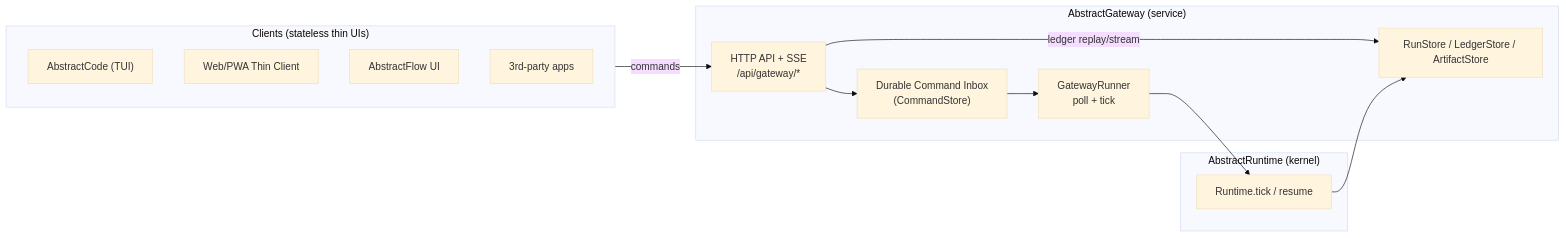
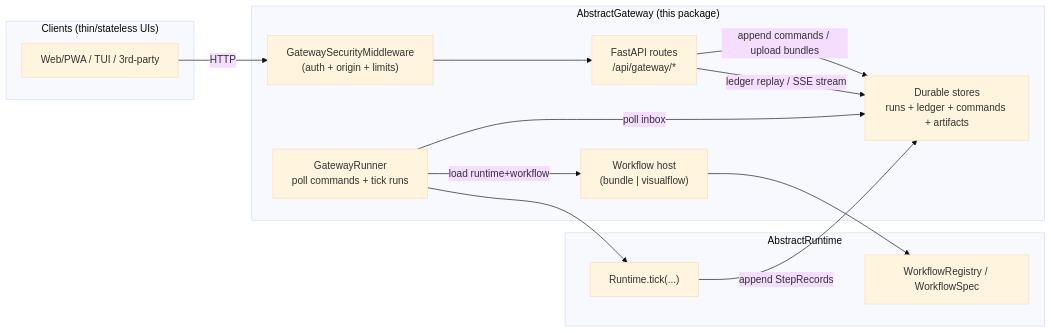
One commit to lpalbou/AbstractGateway changed the diagram in docs/architecture.md. Above: the diagram before and after it, drawn with Mermaid (base theme). The commit also changed other lines of this file and 15 other files, not shown here.

````diff
--- a/docs/architecture.md
+++ b/docs/architecture.md
@@ -13,27 +15,28 @@
 ```mermaid
 flowchart LR
-  subgraph Clients["Clients (stateless thin UIs)"]
-    ACode["AbstractCode (TUI)"]
-    Web["Web/PWA Thin Client"]
-    FlowUI["AbstractFlow UI"]
-    Third["3rd-party apps"]
+  subgraph Clients["Clients (thin/stateless UIs)"]
+    UI["Web/PWA / TUI / 3rd-party"]
   end
 
-  subgraph GW["AbstractGateway (service)"]
-    API["HTTP API + SSE\n/api/gateway/*"]
-    Inbox["Durable Command Inbox\n(CommandStore)"]
-    Runner["GatewayRunner\npoll + tick"]
-    Stores["RunStore / LedgerStore / ArtifactStore"]
+  subgraph GW["AbstractGateway (this package)"]
+    Sec["GatewaySecurityMiddleware\n(auth + origin + limits)"]
+    API["FastAPI routes\n/api/gateway/*"]
+    Runner["GatewayRunner\npoll commands + tick runs"]
+    Host["Workflow host\n(bundle | visualflow)"]
+    Stores["Durable stores\nruns + ledger + commands + artifacts"]
   end
 
-  subgraph RT["AbstractRuntime (kernel)"]
-    Runtime["Runtime.tick / resume"]
+  subgraph RT["AbstractRuntime"]
+    Runtime["Runtime.tick(...)"]
+    Registry["WorkflowRegistry / WorkflowSpec"]
   end
 
-  Clients -->|commands| API
-  API --> Inbox
-  API -->|ledger replay/stream| Stores
-  Inbox --> Runner
+  UI -->|HTTP| Sec --> API
+  API -->|append commands / upload bundles| Stores
+  API -->|ledger replay / SSE stream| Stores
+  Runner -->|poll inbox| Stores
+  Runner -->|load runtime+workflow| Host
+  Host --> Registry
   Runner --> Runtime
-  Runtime --> Stores
+  Runtime -->|append StepRecords| Stores
 ```
````
